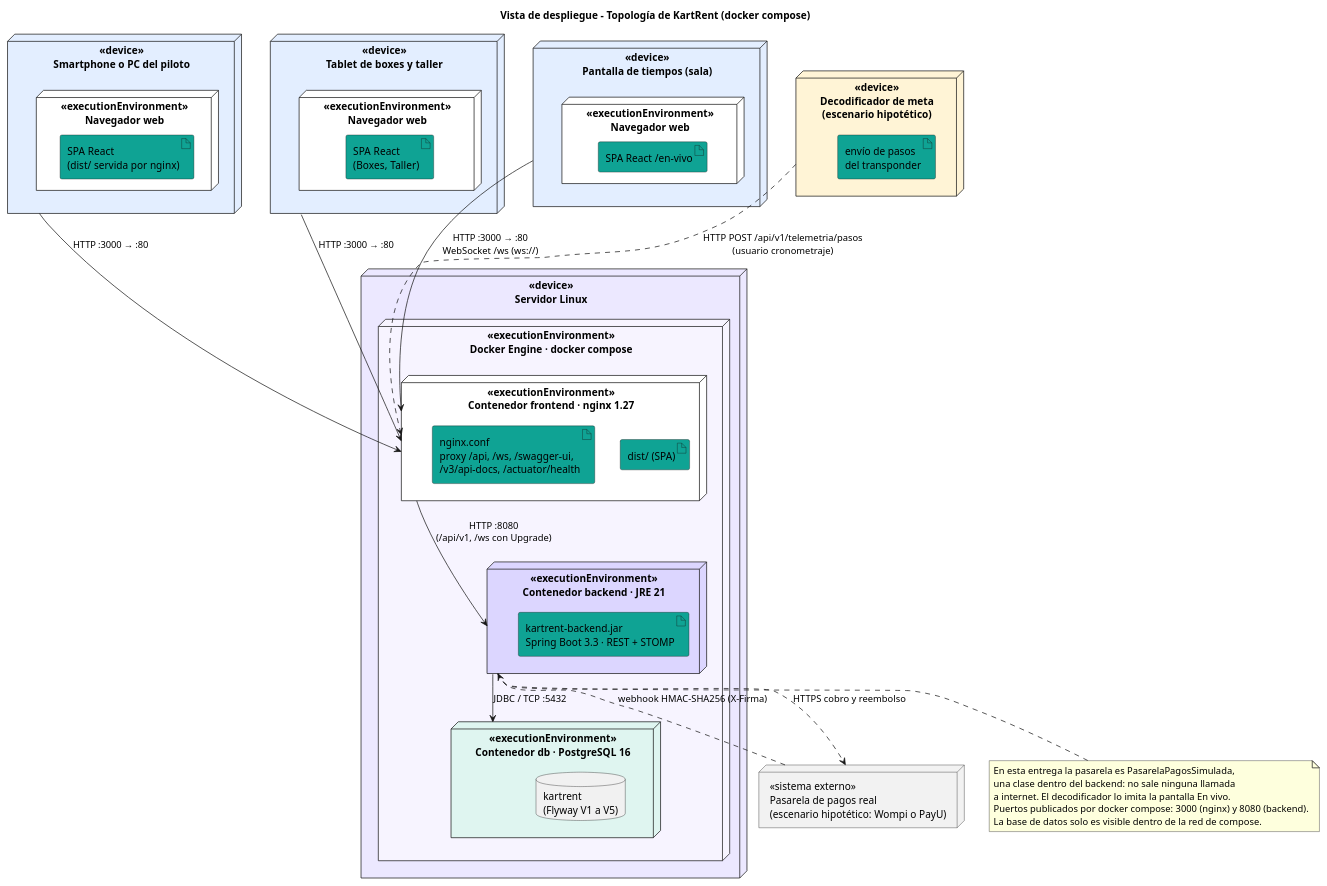
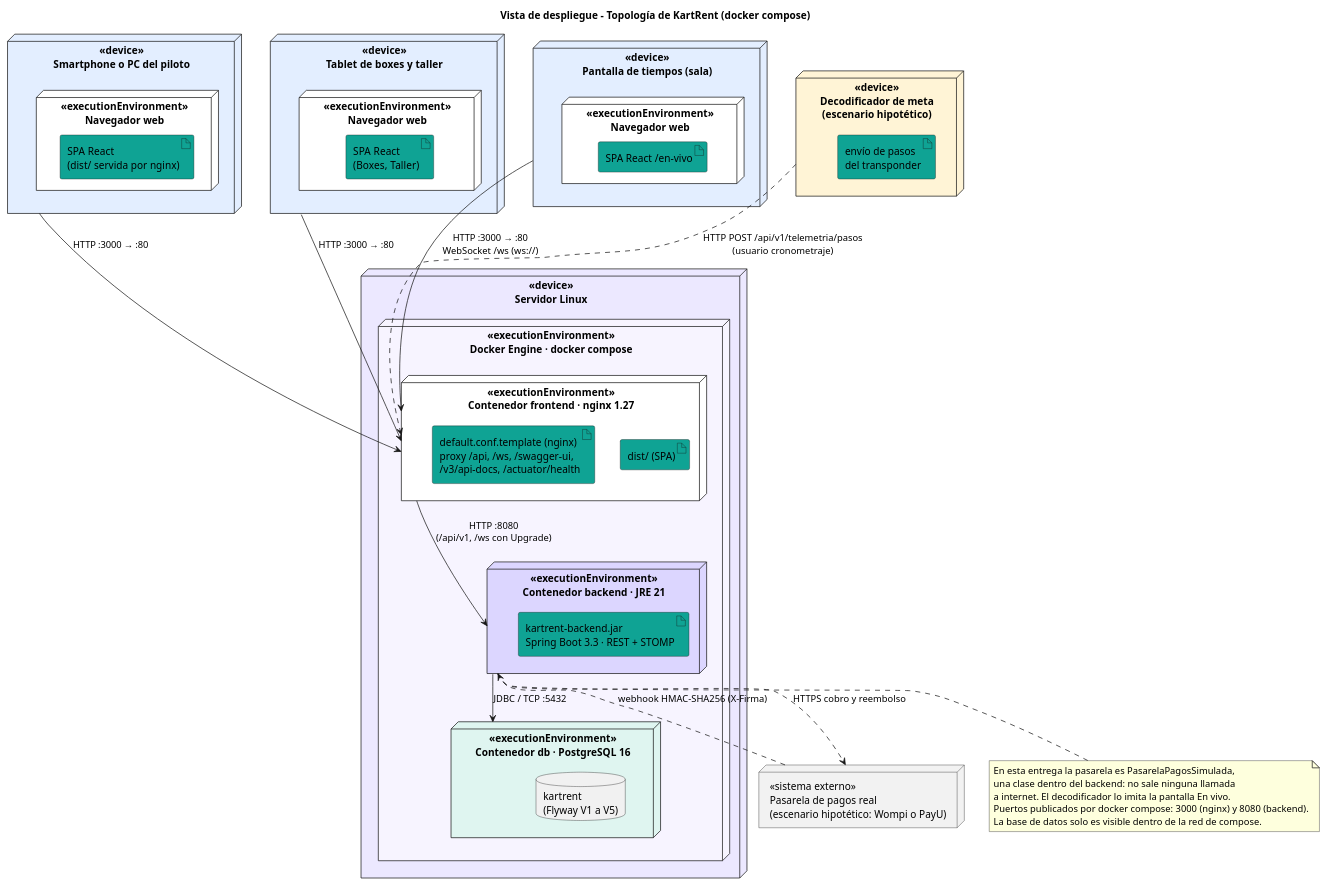
The diagram in diagramas/plantuml/05_despliegue.puml (danielchauxgcampusucceduco/KartRent-Arquitectura), drawn with PlantUML before and after one commit. The commit also changed 2 other files, not shown here.

```diff
--- a/diagramas/plantuml/05_despliegue.puml
+++ b/diagramas/plantuml/05_despliegue.puml
@@ -1,59 +1,59 @@
 @startuml
 skinparam shadowing false
 skinparam defaultFontName Arial
 title Vista de despliegue - Topología de KartRent (docker compose)
 
 ' Los nombres usan «guillemets» para que PlantUML no los interprete como estereotipos propios.
 node "«device»\nSmartphone o PC del piloto" as DCLI #E3EEFF {
   node "«executionEnvironment»\nNavegador web" as NAV #FFFFFF {
     artifact "SPA React\n(dist/ servida por nginx)" as A_WEB #0FA394
   }
 }
 node "«device»\nTablet de boxes y taller" as DTAB #E3EEFF {
   node "«executionEnvironment»\nNavegador web" as NAV2 #FFFFFF {
     artifact "SPA React\n(Boxes, Taller)" as A_WEB2 #0FA394
   }
 }
 node "«device»\nPantalla de tiempos (sala)" as DTV #E3EEFF {
   node "«executionEnvironment»\nNavegador web" as NAV3 #FFFFFF {
     artifact "SPA React /en-vivo" as A_TV #0FA394
   }
 }
 
 node "«device»\nServidor Linux" as SRV #ECE8FF {
   node "«executionEnvironment»\nDocker Engine · docker compose" as DOCKER #F7F4FF {
     node "«executionEnvironment»\nContenedor frontend · nginx 1.27" as C_FE #FFFFFF {
       artifact "dist/ (SPA)" as A_DIST #0FA394
-      artifact "nginx.conf\nproxy /api, /ws, /swagger-ui,\n/v3/api-docs, /actuator/health" as A_NGX #0FA394
+      artifact "default.conf.template (nginx)\nproxy /api, /ws, /swagger-ui,\n/v3/api-docs, /actuator/health" as A_NGX #0FA394
     }
     node "«executionEnvironment»\nContenedor backend · JRE 21" as C_BE #DCD6FF {
       artifact "kartrent-backend.jar\nSpring Boot 3.3 · REST + STOMP" as A_API #0FA394
     }
     node "«executionEnvironment»\nContenedor db · PostgreSQL 16" as C_DB #DFF5F0 {
       database "kartrent\n(Flyway V1 a V5)" as A_DB
     }
   }
 }
 
 node "«device»\nDecodificador de meta\n(escenario hipotético)" as DDEC #FFF4D6 {
   artifact "envío de pasos\ndel transponder" as A_FW #0FA394
 }
 node "«sistema externo»\nPasarela de pagos real\n(escenario hipotético: Wompi o PayU)" as DPAS #F2F2F2
 
 DCLI --> C_FE : HTTP :3000 → :80
 DTAB --> C_FE : HTTP :3000 → :80
 DTV --> C_FE : HTTP :3000 → :80\nWebSocket /ws (ws://)
 C_FE --> C_BE : HTTP :8080\n(/api/v1, /ws con Upgrade)
 C_BE --> C_DB : JDBC / TCP :5432
 DDEC ..> C_FE : HTTP POST /api/v1/telemetria/pasos\n(usuario cronometraje)
 C_BE ..> DPAS : HTTPS cobro y reembolso
 DPAS ..> C_BE : webhook HMAC-SHA256 (X-Firma)
 
 note bottom of C_BE
   En esta entrega la pasarela es PasarelaPagosSimulada,
   una clase dentro del backend: no sale ninguna llamada
   a internet. El decodificador lo imita la pantalla En vivo.
   Puertos publicados por docker compose: 3000 (nginx) y 8080 (backend).
   La base de datos solo es visible dentro de la red de compose.
 end note
 @enduml
```
